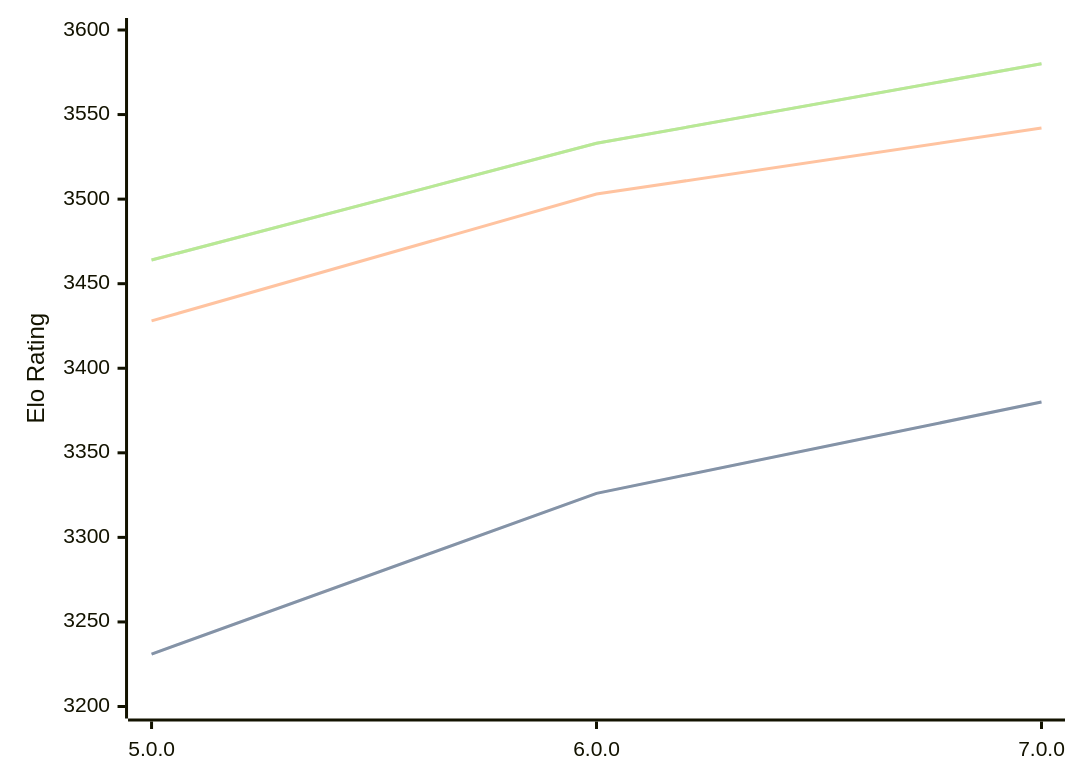
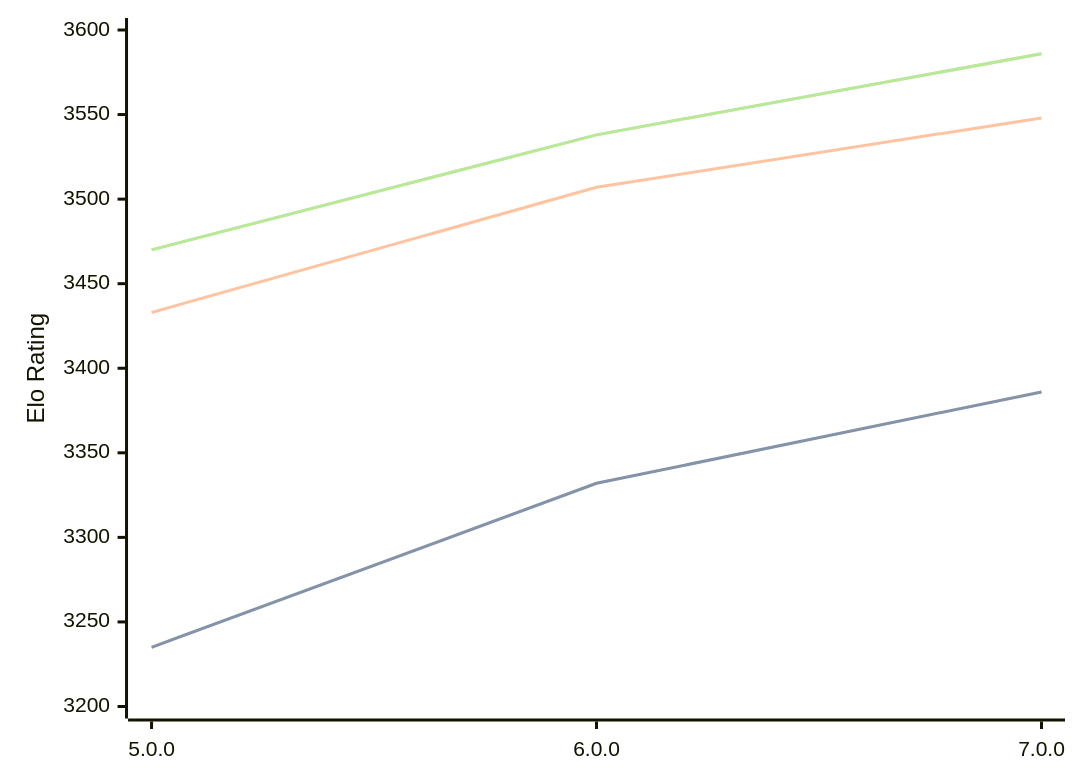
The diagram in engines/Stormphrax.md (computer-chess-index/cci), drawn with Mermaid before and after one commit. The commit also changed other lines of this file, not shown here.

Commit message:
Update CCI Ratings (ELO VLTC) - 2026-04-14

````diff
--- a/engines/Stormphrax.md
+++ b/engines/Stormphrax.md
@@ -38,11 +38,11 @@
 ```mermaid
 %%{init: {"theme":"base","themeVariables":{"seriesColors:['#a3a3a3','#222221','#faa371']}}}%%
 xychart-beta
   x-axis ["5.0.0", "6.0.0", "7.0.0"]
   y-axis "Elo Rating" 3200 --> 3600
-  line "STC (8.0+0.08s)" [3231, 3326, 3380]
-  line "STC (8.0+0.08s)" [3231, 3326, 3380]
-  line "LTC (60.0+0.60s)" [3428, 3503, 3542]
-  line "VLTC (2m24s+1.12s)" [3464, 3533, 3580]
-  line "VLTC (2m24s+1.12s)" [3464, 3533, 3580]
+  line "STC (8.0+0.08s)" [3235, 3332, 3386]
+  line "STC (8.0+0.08s)" [3235, 3332, 3386]
+  line "LTC (60.0+0.60s)" [3433, 3507, 3548]
+  line "VLTC (2m24s+1.12s)" [3470, 3538, 3586]
+  line "VLTC (2m24s+1.12s)" [3470, 3538, 3586]
 ```
````
